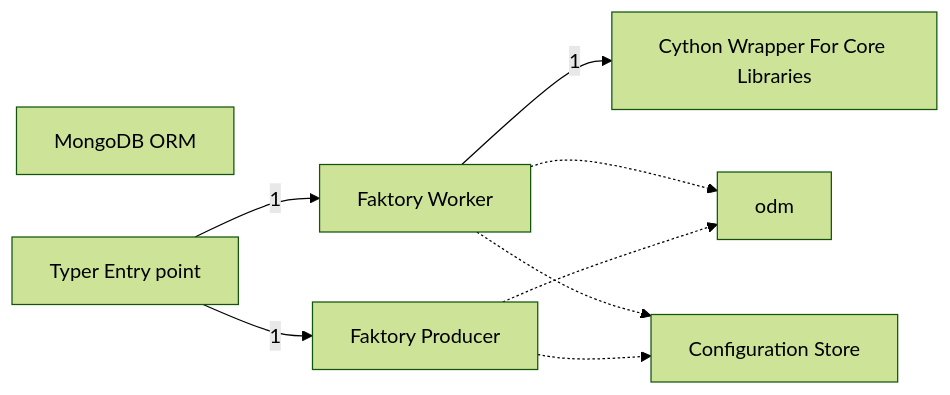
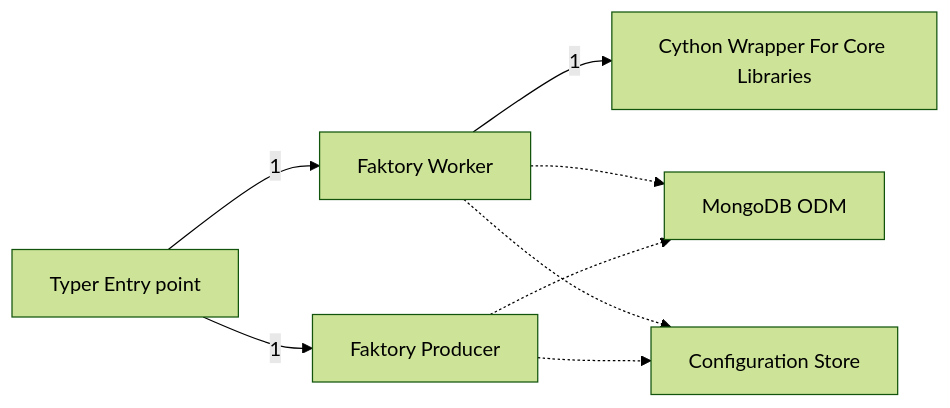
Before and after one commit to Uiowa-Applied-Topology/tanglenomicon_rlitt_runner: the third of 3 diagrams in docs/README.md, drawn with Mermaid (forest theme). The commit also changed other lines of this file and 5 other files, not shown here.

````diff
--- a/docs/README.md
+++ b/docs/README.md
@@ -324,17 +324,17 @@
 ```mermaid
 flowchart LR
     wrap["Cython Wrapper For Core Libraries"]
     work["Faktory Worker"]
     prod["Faktory Producer"]
-    orm["MongoDB ORM"]
+    odm["MongoDB ODM"]
     config["Configuration Store"]
     ep["Typer Entry point"]
     ep -->|1| work
     ep -->|1| prod
     work -->|1| wrap
     work -.-> odm
     prod -.-> odm
     work -.-> config
     prod -.-> config
 
 ```
````
